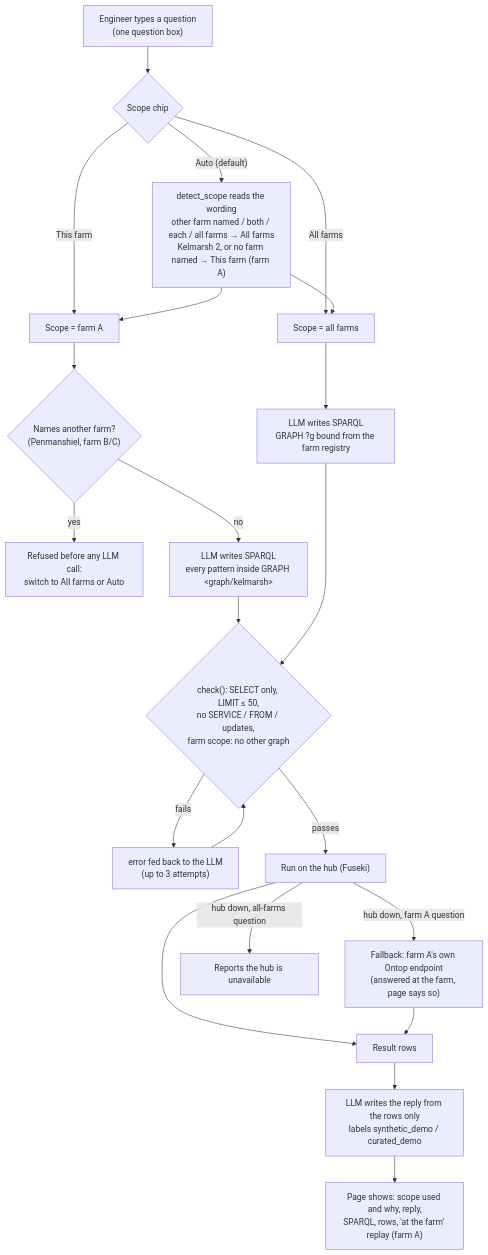
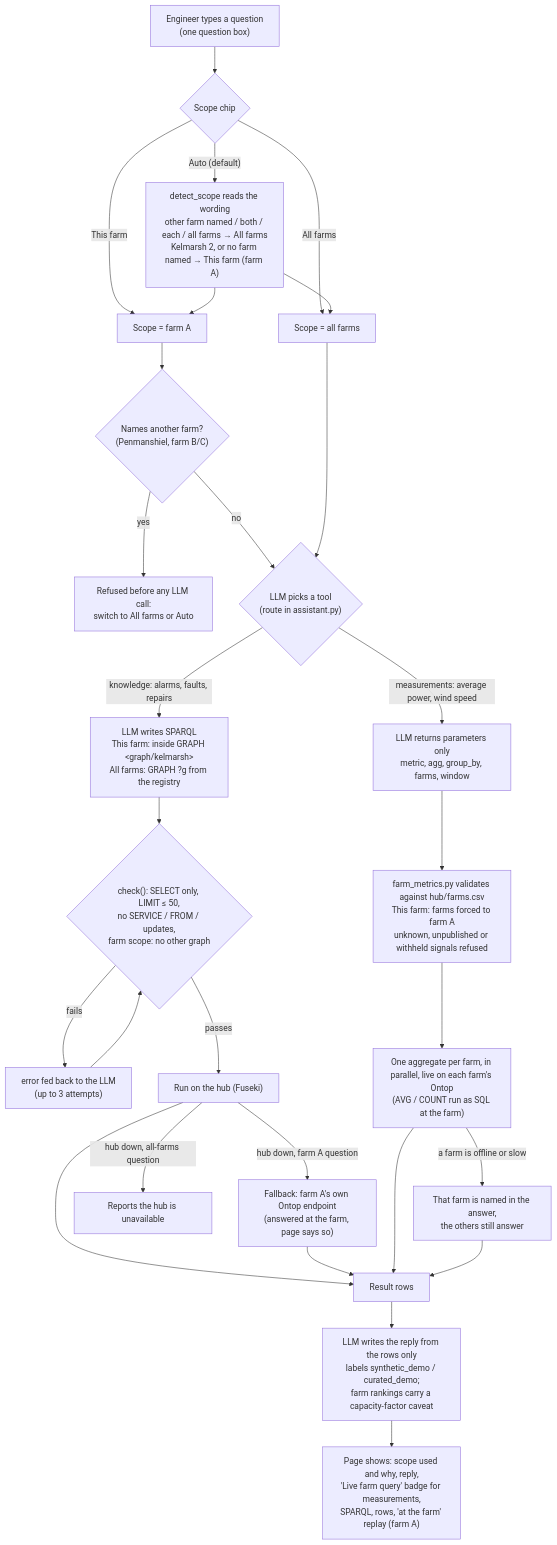
The diagram in docs/question_flow.mmd (shashikiranbs2006/Knolwlege-Graph-Windmill), drawn with Mermaid before and after one commit. The commit also changed 10 other files, not shown here.

First line of the commit message:
Add live farm_metric tool: LLM routes measurement questions to per-farm aggregates

```diff
--- a/docs/question_flow.mmd
+++ b/docs/question_flow.mmd
@@ -1,22 +1,27 @@
 flowchart TD
   Q["Engineer types a question<br/>(one question box)"] --> CHIP{"Scope chip"}
   CHIP -- "Auto (default)" --> DET["detect_scope reads the wording<br/>other farm named / both / each / all farms → All farms<br/>Kelmarsh 2, or no farm named → This farm (farm A)"]
   CHIP -- "This farm" --> FARM["Scope = farm A"]
   CHIP -- "All farms" --> CROSS["Scope = all farms"]
   DET --> FARM
   DET --> CROSS
   FARM --> NAMES{"Names another farm?<br/>(Penmanshiel, farm B/C)"}
   NAMES -- "yes" --> REFUSE["Refused before any LLM call:<br/>switch to All farms or Auto"]
-  NAMES -- "no" --> LLMF["LLM writes SPARQL<br/>every pattern inside GRAPH &lt;graph/kelmarsh&gt;"]
-  CROSS --> LLMC["LLM writes SPARQL<br/>GRAPH ?g bound from the farm registry"]
-  LLMF --> CHECK
-  LLMC --> CHECK
-  CHECK{"check(): SELECT only, LIMIT ≤ 50,<br/>no SERVICE / FROM / updates,<br/>farm scope: no other graph"}
+  NAMES -- "no" --> ROUTE
+  CROSS --> ROUTE{"LLM picks a tool<br/>(route in assistant.py)"}
+  ROUTE -- "knowledge: alarms, faults, repairs" --> LLMS["LLM writes SPARQL<br/>This farm: inside GRAPH &lt;graph/kelmarsh&gt;<br/>All farms: GRAPH ?g from the registry"]
+  LLMS --> CHECK{"check(): SELECT only, LIMIT ≤ 50,<br/>no SERVICE / FROM / updates,<br/>farm scope: no other graph"}
   CHECK -- "fails" --> RETRY["error fed back to the LLM<br/>(up to 3 attempts)"] --> CHECK
   CHECK -- "passes" --> HUB["Run on the hub (Fuseki)"]
   HUB -- "hub down, farm A question" --> OA["Fallback: farm A's own Ontop endpoint<br/>(answered at the farm, page says so)"]
   HUB -- "hub down, all-farms question" --> ERR["Reports the hub is unavailable"]
+  ROUTE -- "measurements: average power, wind speed" --> PARAMS["LLM returns parameters only<br/>metric, agg, group_by, farms, window"]
+  PARAMS --> VALID["farm_metrics.py validates against hub/farms.csv<br/>This farm: farms forced to farm A<br/>unknown, unpublished or withheld signals refused"]
+  VALID --> LIVE["One aggregate per farm, in parallel, live on each farm's Ontop<br/>(AVG / COUNT run as SQL at the farm)"]
+  LIVE -- "a farm is offline or slow" --> NAMED["That farm is named in the answer,<br/>the others still answer"]
   HUB --> ROWS["Result rows"]
   OA --> ROWS
-  ROWS --> REPLY["LLM writes the reply from the rows only<br/>labels synthetic_demo / curated_demo"]
-  REPLY --> PAGE["Page shows: scope used and why, reply,<br/>SPARQL, rows, 'at the farm' replay (farm A)"]
+  LIVE --> ROWS
+  NAMED --> ROWS
+  ROWS --> REPLY["LLM writes the reply from the rows only<br/>labels synthetic_demo / curated_demo;<br/>farm rankings carry a capacity-factor caveat"]
+  REPLY --> PAGE["Page shows: scope used and why, reply,<br/>'Live farm query' badge for measurements,<br/>SPARQL, rows, 'at the farm' replay (farm A)"]
```
